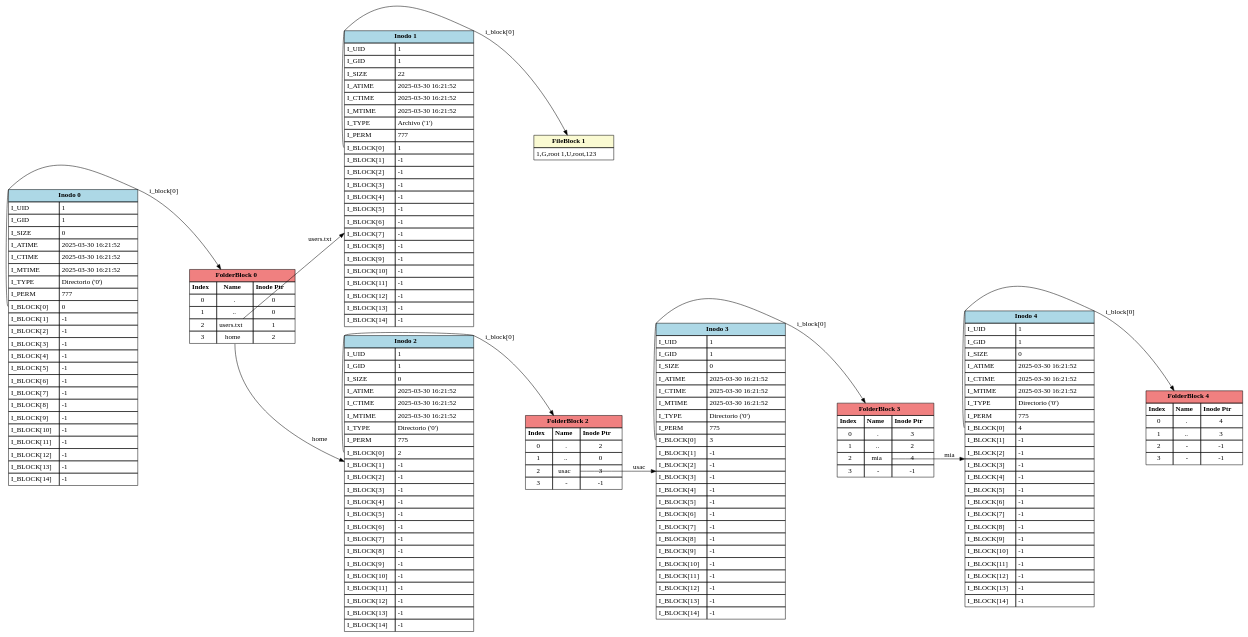
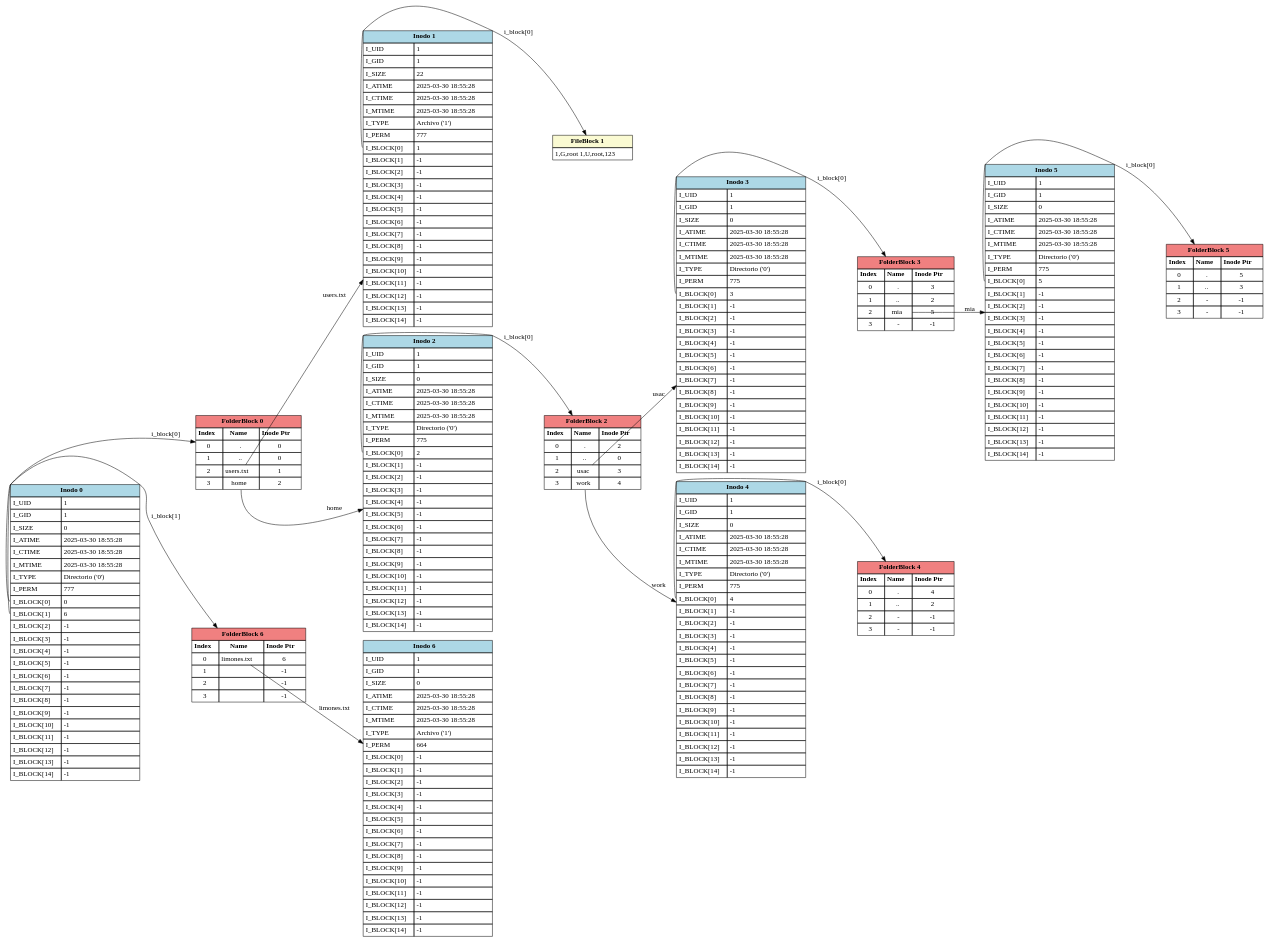
Before and after one commit to Ennero/MIA_1S2025_P1_202302220: the diagram in backend/output/report_tree.dot, drawn with Graphviz. The commit also changed 3 other files, not shown here.

```diff
--- a/backend/output/report_tree.dot
+++ b/backend/output/report_tree.dot
@@ -7,13 +7,13 @@
 <TR><TD ALIGN="LEFT">I_UID</TD><TD ALIGN="LEFT">1</TD></TR>
 <TR><TD ALIGN="LEFT">I_GID</TD><TD ALIGN="LEFT">1</TD></TR>
 <TR><TD ALIGN="LEFT">I_SIZE</TD><TD ALIGN="LEFT">0</TD></TR>
-<TR><TD ALIGN="LEFT">I_ATIME</TD><TD ALIGN="LEFT">2025-03-30 16:21:52</TD></TR>
-<TR><TD ALIGN="LEFT">I_CTIME</TD><TD ALIGN="LEFT">2025-03-30 16:21:52</TD></TR>
-<TR><TD ALIGN="LEFT">I_MTIME</TD><TD ALIGN="LEFT">2025-03-30 16:21:52</TD></TR>
+<TR><TD ALIGN="LEFT">I_ATIME</TD><TD ALIGN="LEFT">2025-03-30 18:55:28</TD></TR>
+<TR><TD ALIGN="LEFT">I_CTIME</TD><TD ALIGN="LEFT">2025-03-30 18:55:28</TD></TR>
+<TR><TD ALIGN="LEFT">I_MTIME</TD><TD ALIGN="LEFT">2025-03-30 18:55:28</TD></TR>
 <TR><TD ALIGN="LEFT">I_TYPE</TD><TD ALIGN="LEFT">Directorio ('0')</TD></TR>
 <TR><TD ALIGN="LEFT">I_PERM</TD><TD ALIGN="LEFT">777</TD></TR>
 <TR><TD ALIGN="LEFT" PORT="p0">I_BLOCK[0]</TD><TD ALIGN="LEFT">0</TD></TR>
-<TR><TD ALIGN="LEFT" PORT="p1">I_BLOCK[1]</TD><TD ALIGN="LEFT">-1</TD></TR>
+<TR><TD ALIGN="LEFT" PORT="p1">I_BLOCK[1]</TD><TD ALIGN="LEFT">6</TD></TR>
 <TR><TD ALIGN="LEFT" PORT="p2">I_BLOCK[2]</TD><TD ALIGN="LEFT">-1</TD></TR>
 <TR><TD ALIGN="LEFT" PORT="p3">I_BLOCK[3]</TD><TD ALIGN="LEFT">-1</TD></TR>
 <TR><TD ALIGN="LEFT" PORT="p4">I_BLOCK[4]</TD><TD ALIGN="LEFT">-1</TD></TR>
@@ -47,9 +47,9 @@
 <TR><TD ALIGN="LEFT">I_UID</TD><TD ALIGN="LEFT">1</TD></TR>
 <TR><TD ALIGN="LEFT">I_GID</TD><TD ALIGN="LEFT">1</TD></TR>
 <TR><TD ALIGN="LEFT">I_SIZE</TD><TD ALIGN="LEFT">22</TD></TR>
-<TR><TD ALIGN="LEFT">I_ATIME</TD><TD ALIGN="LEFT">2025-03-30 16:21:52</TD></TR>
-<TR><TD ALIGN="LEFT">I_CTIME</TD><TD ALIGN="LEFT">2025-03-30 16:21:52</TD></TR>
-<TR><TD ALIGN="LEFT">I_MTIME</TD><TD ALIGN="LEFT">2025-03-30 16:21:52</TD></TR>
+<TR><TD ALIGN="LEFT">I_ATIME</TD><TD ALIGN="LEFT">2025-03-30 18:55:28</TD></TR>
+<TR><TD ALIGN="LEFT">I_CTIME</TD><TD ALIGN="LEFT">2025-03-30 18:55:28</TD></TR>
+<TR><TD ALIGN="LEFT">I_MTIME</TD><TD ALIGN="LEFT">2025-03-30 18:55:28</TD></TR>
 <TR><TD ALIGN="LEFT">I_TYPE</TD><TD ALIGN="LEFT">Archivo ('1')</TD></TR>
 <TR><TD ALIGN="LEFT">I_PERM</TD><TD ALIGN="LEFT">777</TD></TR>
 <TR><TD ALIGN="LEFT" PORT="p0">I_BLOCK[0]</TD><TD ALIGN="LEFT">1</TD></TR>
@@ -83,9 +83,9 @@
 <TR><TD ALIGN="LEFT">I_UID</TD><TD ALIGN="LEFT">1</TD></TR>
 <TR><TD ALIGN="LEFT">I_GID</TD><TD ALIGN="LEFT">1</TD></TR>
 <TR><TD ALIGN="LEFT">I_SIZE</TD><TD ALIGN="LEFT">0</TD></TR>
-<TR><TD ALIGN="LEFT">I_ATIME</TD><TD ALIGN="LEFT">2025-03-30 16:21:52</TD></TR>
-<TR><TD ALIGN="LEFT">I_CTIME</TD><TD ALIGN="LEFT">2025-03-30 16:21:52</TD></TR>
-<TR><TD ALIGN="LEFT">I_MTIME</TD><TD ALIGN="LEFT">2025-03-30 16:21:52</TD></TR>
+<TR><TD ALIGN="LEFT">I_ATIME</TD><TD ALIGN="LEFT">2025-03-30 18:55:28</TD></TR>
+<TR><TD ALIGN="LEFT">I_CTIME</TD><TD ALIGN="LEFT">2025-03-30 18:55:28</TD></TR>
+<TR><TD ALIGN="LEFT">I_MTIME</TD><TD ALIGN="LEFT">2025-03-30 18:55:28</TD></TR>
 <TR><TD ALIGN="LEFT">I_TYPE</TD><TD ALIGN="LEFT">Directorio ('0')</TD></TR>
 <TR><TD ALIGN="LEFT">I_PERM</TD><TD ALIGN="LEFT">775</TD></TR>
 <TR><TD ALIGN="LEFT" PORT="p0">I_BLOCK[0]</TD><TD ALIGN="LEFT">2</TD></TR>
@@ -113,7 +113,7 @@
 <TR><TD>0</TD><TD PORT="i0">.</TD><TD>2</TD></TR>
 <TR><TD>1</TD><TD PORT="i1">..</TD><TD>0</TD></TR>
 <TR><TD>2</TD><TD PORT="i2">usac</TD><TD>3</TD></TR>
-<TR><TD>3</TD><TD PORT="i3">-</TD><TD>-1</TD></TR>
+<TR><TD>3</TD><TD PORT="i3">work</TD><TD>4</TD></TR>
 </TABLE>
 >];
 	block_2:i2 -> inode_3 [label="usac"];
@@ -123,9 +123,9 @@
 <TR><TD ALIGN="LEFT">I_UID</TD><TD ALIGN="LEFT">1</TD></TR>
 <TR><TD ALIGN="LEFT">I_GID</TD><TD ALIGN="LEFT">1</TD></TR>
 <TR><TD ALIGN="LEFT">I_SIZE</TD><TD ALIGN="LEFT">0</TD></TR>
-<TR><TD ALIGN="LEFT">I_ATIME</TD><TD ALIGN="LEFT">2025-03-30 16:21:52</TD></TR>
-<TR><TD ALIGN="LEFT">I_CTIME</TD><TD ALIGN="LEFT">2025-03-30 16:21:52</TD></TR>
-<TR><TD ALIGN="LEFT">I_MTIME</TD><TD ALIGN="LEFT">2025-03-30 16:21:52</TD></TR>
+<TR><TD ALIGN="LEFT">I_ATIME</TD><TD ALIGN="LEFT">2025-03-30 18:55:28</TD></TR>
+<TR><TD ALIGN="LEFT">I_CTIME</TD><TD ALIGN="LEFT">2025-03-30 18:55:28</TD></TR>
+<TR><TD ALIGN="LEFT">I_MTIME</TD><TD ALIGN="LEFT">2025-03-30 18:55:28</TD></TR>
 <TR><TD ALIGN="LEFT">I_TYPE</TD><TD ALIGN="LEFT">Directorio ('0')</TD></TR>
 <TR><TD ALIGN="LEFT">I_PERM</TD><TD ALIGN="LEFT">775</TD></TR>
 <TR><TD ALIGN="LEFT" PORT="p0">I_BLOCK[0]</TD><TD ALIGN="LEFT">3</TD></TR>
@@ -152,20 +152,60 @@
 <TR><TD><B>Index</B></TD><TD><B>Name</B></TD><TD><B>Inode Ptr</B></TD></TR>
 <TR><TD>0</TD><TD PORT="i0">.</TD><TD>3</TD></TR>
 <TR><TD>1</TD><TD PORT="i1">..</TD><TD>2</TD></TR>
-<TR><TD>2</TD><TD PORT="i2">mia</TD><TD>4</TD></TR>
+<TR><TD>2</TD><TD PORT="i2">mia</TD><TD>5</TD></TR>
 <TR><TD>3</TD><TD PORT="i3">-</TD><TD>-1</TD></TR>
 </TABLE>
 >];
-	block_3:i2 -> inode_4 [label="mia"];
+	block_3:i2 -> inode_5 [label="mia"];
+	inode_5 [label=<
+<TABLE BORDER="0" CELLBORDER="1" CELLSPACING="0" CELLPADDING="4">
+<TR><TD COLSPAN="2" BGCOLOR="lightblue"><B>Inodo 5</B></TD></TR>
+<TR><TD ALIGN="LEFT">I_UID</TD><TD ALIGN="LEFT">1</TD></TR>
+<TR><TD ALIGN="LEFT">I_GID</TD><TD ALIGN="LEFT">1</TD></TR>
+<TR><TD ALIGN="LEFT">I_SIZE</TD><TD ALIGN="LEFT">0</TD></TR>
+<TR><TD ALIGN="LEFT">I_ATIME</TD><TD ALIGN="LEFT">2025-03-30 18:55:28</TD></TR>
+<TR><TD ALIGN="LEFT">I_CTIME</TD><TD ALIGN="LEFT">2025-03-30 18:55:28</TD></TR>
+<TR><TD ALIGN="LEFT">I_MTIME</TD><TD ALIGN="LEFT">2025-03-30 18:55:28</TD></TR>
+<TR><TD ALIGN="LEFT">I_TYPE</TD><TD ALIGN="LEFT">Directorio ('0')</TD></TR>
+<TR><TD ALIGN="LEFT">I_PERM</TD><TD ALIGN="LEFT">775</TD></TR>
+<TR><TD ALIGN="LEFT" PORT="p0">I_BLOCK[0]</TD><TD ALIGN="LEFT">5</TD></TR>
+<TR><TD ALIGN="LEFT" PORT="p1">I_BLOCK[1]</TD><TD ALIGN="LEFT">-1</TD></TR>
+<TR><TD ALIGN="LEFT" PORT="p2">I_BLOCK[2]</TD><TD ALIGN="LEFT">-1</TD></TR>
+<TR><TD ALIGN="LEFT" PORT="p3">I_BLOCK[3]</TD><TD ALIGN="LEFT">-1</TD></TR>
+<TR><TD ALIGN="LEFT" PORT="p4">I_BLOCK[4]</TD><TD ALIGN="LEFT">-1</TD></TR>
+<TR><TD ALIGN="LEFT" PORT="p5">I_BLOCK[5]</TD><TD ALIGN="LEFT">-1</TD></TR>
+<TR><TD ALIGN="LEFT" PORT="p6">I_BLOCK[6]</TD><TD ALIGN="LEFT">-1</TD></TR>
+<TR><TD ALIGN="LEFT" PORT="p7">I_BLOCK[7]</TD><TD ALIGN="LEFT">-1</TD></TR>
+<TR><TD ALIGN="LEFT" PORT="p8">I_BLOCK[8]</TD><TD ALIGN="LEFT">-1</TD></TR>
+<TR><TD ALIGN="LEFT" PORT="p9">I_BLOCK[9]</TD><TD ALIGN="LEFT">-1</TD></TR>
+<TR><TD ALIGN="LEFT" PORT="p10">I_BLOCK[10]</TD><TD ALIGN="LEFT">-1</TD></TR>
+<TR><TD ALIGN="LEFT" PORT="p11">I_BLOCK[11]</TD><TD ALIGN="LEFT">-1</TD></TR>
+<TR><TD ALIGN="LEFT" PORT="p12">I_BLOCK[12]</TD><TD ALIGN="LEFT">-1</TD></TR>
+<TR><TD ALIGN="LEFT" PORT="p13">I_BLOCK[13]</TD><TD ALIGN="LEFT">-1</TD></TR>
+<TR><TD ALIGN="LEFT" PORT="p14">I_BLOCK[14]</TD><TD ALIGN="LEFT">-1</TD></TR>
+</TABLE>
+>];
+	inode_5:p0 -> block_5 [label="i_block[0]"];
+	block_5 [label=<
+<TABLE BORDER="0" CELLBORDER="1" CELLSPACING="0" CELLPADDING="4">
+<TR><TD COLSPAN="3" BGCOLOR="lightcoral"><B>FolderBlock 5</B></TD></TR>
+<TR><TD><B>Index</B></TD><TD><B>Name</B></TD><TD><B>Inode Ptr</B></TD></TR>
+<TR><TD>0</TD><TD PORT="i0">.</TD><TD>5</TD></TR>
+<TR><TD>1</TD><TD PORT="i1">..</TD><TD>3</TD></TR>
+<TR><TD>2</TD><TD PORT="i2">-</TD><TD>-1</TD></TR>
+<TR><TD>3</TD><TD PORT="i3">-</TD><TD>-1</TD></TR>
+</TABLE>
+>];
+	block_2:i3 -> inode_4 [label="work"];
 	inode_4 [label=<
 <TABLE BORDER="0" CELLBORDER="1" CELLSPACING="0" CELLPADDING="4">
 <TR><TD COLSPAN="2" BGCOLOR="lightblue"><B>Inodo 4</B></TD></TR>
 <TR><TD ALIGN="LEFT">I_UID</TD><TD ALIGN="LEFT">1</TD></TR>
 <TR><TD ALIGN="LEFT">I_GID</TD><TD ALIGN="LEFT">1</TD></TR>
 <TR><TD ALIGN="LEFT">I_SIZE</TD><TD ALIGN="LEFT">0</TD></TR>
-<TR><TD ALIGN="LEFT">I_ATIME</TD><TD ALIGN="LEFT">2025-03-30 16:21:52</TD></TR>
-<TR><TD ALIGN="LEFT">I_CTIME</TD><TD ALIGN="LEFT">2025-03-30 16:21:52</TD></TR>
-<TR><TD ALIGN="LEFT">I_MTIME</TD><TD ALIGN="LEFT">2025-03-30 16:21:52</TD></TR>
+<TR><TD ALIGN="LEFT">I_ATIME</TD><TD ALIGN="LEFT">2025-03-30 18:55:28</TD></TR>
+<TR><TD ALIGN="LEFT">I_CTIME</TD><TD ALIGN="LEFT">2025-03-30 18:55:28</TD></TR>
+<TR><TD ALIGN="LEFT">I_MTIME</TD><TD ALIGN="LEFT">2025-03-30 18:55:28</TD></TR>
 <TR><TD ALIGN="LEFT">I_TYPE</TD><TD ALIGN="LEFT">Directorio ('0')</TD></TR>
 <TR><TD ALIGN="LEFT">I_PERM</TD><TD ALIGN="LEFT">775</TD></TR>
 <TR><TD ALIGN="LEFT" PORT="p0">I_BLOCK[0]</TD><TD ALIGN="LEFT">4</TD></TR>
@@ -191,9 +231,49 @@
 <TR><TD COLSPAN="3" BGCOLOR="lightcoral"><B>FolderBlock 4</B></TD></TR>
 <TR><TD><B>Index</B></TD><TD><B>Name</B></TD><TD><B>Inode Ptr</B></TD></TR>
 <TR><TD>0</TD><TD PORT="i0">.</TD><TD>4</TD></TR>
-<TR><TD>1</TD><TD PORT="i1">..</TD><TD>3</TD></TR>
+<TR><TD>1</TD><TD PORT="i1">..</TD><TD>2</TD></TR>
 <TR><TD>2</TD><TD PORT="i2">-</TD><TD>-1</TD></TR>
 <TR><TD>3</TD><TD PORT="i3">-</TD><TD>-1</TD></TR>
 </TABLE>
 >];
+	inode_0:p1 -> block_6 [label="i_block[1]"];
+	block_6 [label=<
+<TABLE BORDER="0" CELLBORDER="1" CELLSPACING="0" CELLPADDING="4">
+<TR><TD COLSPAN="3" BGCOLOR="lightcoral"><B>FolderBlock 6</B></TD></TR>
+<TR><TD><B>Index</B></TD><TD><B>Name</B></TD><TD><B>Inode Ptr</B></TD></TR>
+<TR><TD>0</TD><TD PORT="i0">limones.txt</TD><TD>6</TD></TR>
+<TR><TD>1</TD><TD PORT="i1"></TD><TD>-1</TD></TR>
+<TR><TD>2</TD><TD PORT="i2"></TD><TD>-1</TD></TR>
+<TR><TD>3</TD><TD PORT="i3"></TD><TD>-1</TD></TR>
+</TABLE>
+>];
+	block_6:i0 -> inode_6 [label="limones.txt"];
+	inode_6 [label=<
+<TABLE BORDER="0" CELLBORDER="1" CELLSPACING="0" CELLPADDING="4">
+<TR><TD COLSPAN="2" BGCOLOR="lightblue"><B>Inodo 6</B></TD></TR>
+<TR><TD ALIGN="LEFT">I_UID</TD><TD ALIGN="LEFT">1</TD></TR>
+<TR><TD ALIGN="LEFT">I_GID</TD><TD ALIGN="LEFT">1</TD></TR>
+<TR><TD ALIGN="LEFT">I_SIZE</TD><TD ALIGN="LEFT">0</TD></TR>
+<TR><TD ALIGN="LEFT">I_ATIME</TD><TD ALIGN="LEFT">2025-03-30 18:55:28</TD></TR>
+<TR><TD ALIGN="LEFT">I_CTIME</TD><TD ALIGN="LEFT">2025-03-30 18:55:28</TD></TR>
+<TR><TD ALIGN="LEFT">I_MTIME</TD><TD ALIGN="LEFT">2025-03-30 18:55:28</TD></TR>
+<TR><TD ALIGN="LEFT">I_TYPE</TD><TD ALIGN="LEFT">Archivo ('1')</TD></TR>
+<TR><TD ALIGN="LEFT">I_PERM</TD><TD ALIGN="LEFT">664</TD></TR>
+<TR><TD ALIGN="LEFT" PORT="p0">I_BLOCK[0]</TD><TD ALIGN="LEFT">-1</TD></TR>
+<TR><TD ALIGN="LEFT" PORT="p1">I_BLOCK[1]</TD><TD ALIGN="LEFT">-1</TD></TR>
+<TR><TD ALIGN="LEFT" PORT="p2">I_BLOCK[2]</TD><TD ALIGN="LEFT">-1</TD></TR>
+<TR><TD ALIGN="LEFT" PORT="p3">I_BLOCK[3]</TD><TD ALIGN="LEFT">-1</TD></TR>
+<TR><TD ALIGN="LEFT" PORT="p4">I_BLOCK[4]</TD><TD ALIGN="LEFT">-1</TD></TR>
+<TR><TD ALIGN="LEFT" PORT="p5">I_BLOCK[5]</TD><TD ALIGN="LEFT">-1</TD></TR>
+<TR><TD ALIGN="LEFT" PORT="p6">I_BLOCK[6]</TD><TD ALIGN="LEFT">-1</TD></TR>
+<TR><TD ALIGN="LEFT" PORT="p7">I_BLOCK[7]</TD><TD ALIGN="LEFT">-1</TD></TR>
+<TR><TD ALIGN="LEFT" PORT="p8">I_BLOCK[8]</TD><TD ALIGN="LEFT">-1</TD></TR>
+<TR><TD ALIGN="LEFT" PORT="p9">I_BLOCK[9]</TD><TD ALIGN="LEFT">-1</TD></TR>
+<TR><TD ALIGN="LEFT" PORT="p10">I_BLOCK[10]</TD><TD ALIGN="LEFT">-1</TD></TR>
+<TR><TD ALIGN="LEFT" PORT="p11">I_BLOCK[11]</TD><TD ALIGN="LEFT">-1</TD></TR>
+<TR><TD ALIGN="LEFT" PORT="p12">I_BLOCK[12]</TD><TD ALIGN="LEFT">-1</TD></TR>
+<TR><TD ALIGN="LEFT" PORT="p13">I_BLOCK[13]</TD><TD ALIGN="LEFT">-1</TD></TR>
+<TR><TD ALIGN="LEFT" PORT="p14">I_BLOCK[14]</TD><TD ALIGN="LEFT">-1</TD></TR>
+</TABLE>
+>];
 }
```
